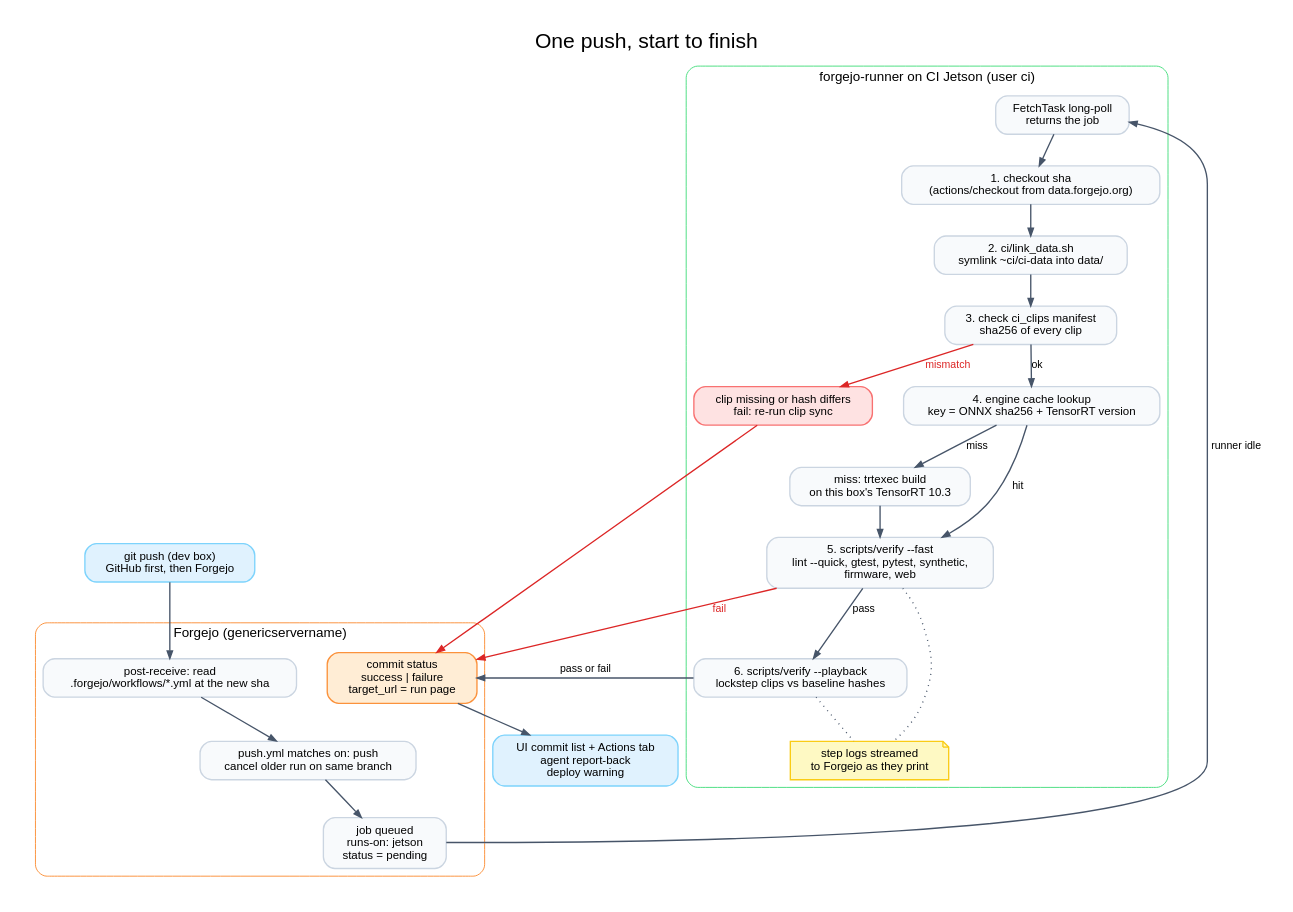
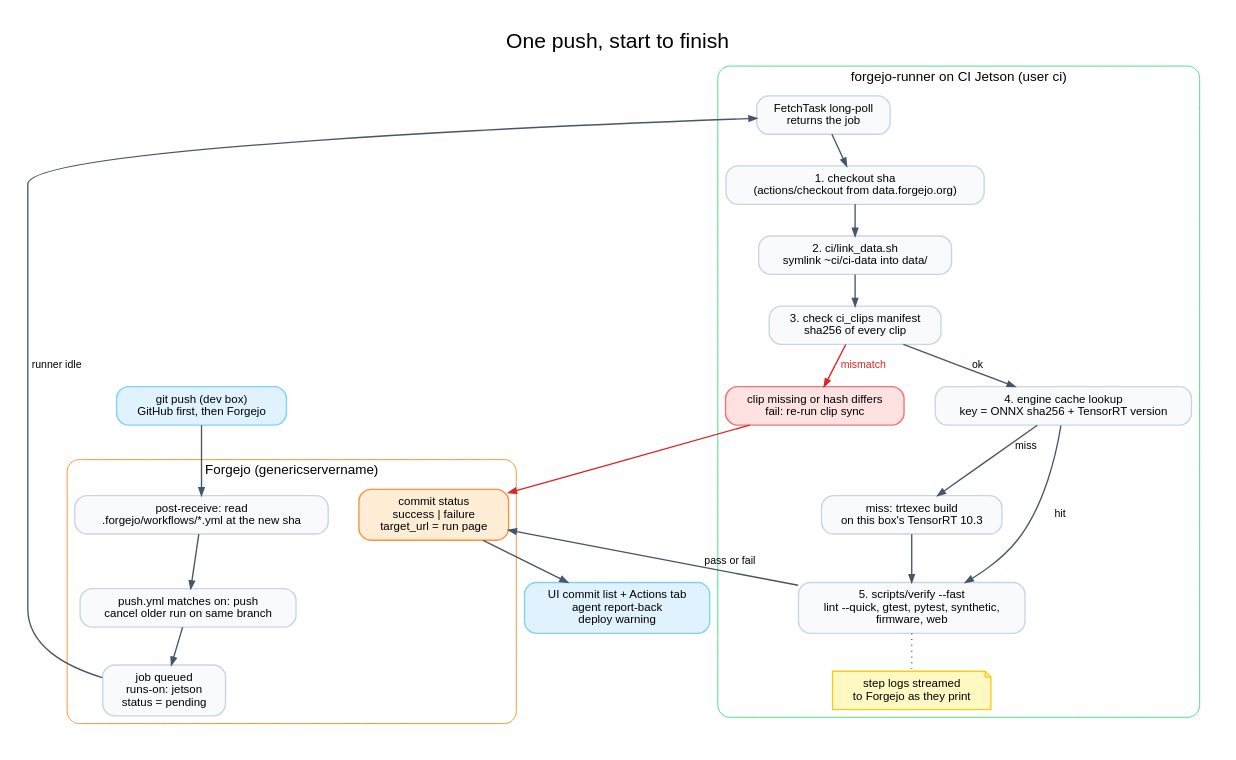
Before and after one commit to Woz4tetra/auto-battlebot: the diagram in docs/diagrams/forgejo_ci_push_run.dot, drawn with Graphviz. The commit also changed 5 other files, not shown here.

```diff
--- a/docs/diagrams/forgejo_ci_push_run.dot
+++ b/docs/diagrams/forgejo_ci_push_run.dot
@@ -1,55 +1,51 @@
 digraph ForgejoCiPushRun {
   graph [
     rankdir=TB
     label="One push, start to finish"
     labelloc=t fontsize=22 fontname="Helvetica"
     pad=0.3 nodesep=0.45 ranksep=0.45 splines=spline bgcolor="white"
   ];
   node [
     shape=box style="rounded,filled" fillcolor="#F8FAFC" color="#CBD5E1"
     fontname="Helvetica" fontsize=12 penwidth=1.4 margin="0.18,0.10"
   ];
   edge [color="#475569" penwidth=1.4 arrowsize=0.8 fontname="Helvetica" fontsize=11];
 
   push [label="git push (dev box)\nGitHub first, then Forgejo" fillcolor="#E0F2FE" color="#7DD3FC"];
 
   subgraph cluster_forgejo {
     label="Forgejo (genericservername)" fontname="Helvetica" fontsize=14 style="rounded" color="#FB923C"
     receive [label="post-receive: read\n.forgejo/workflows/*.yml at the new sha"];
     match [label="push.yml matches on: push\ncancel older run on same branch"];
     queue [label="job queued\nruns-on: jetson\nstatus = pending"];
     status [label="commit status\nsuccess | failure\ntarget_url = run page" fillcolor="#FFEDD5" color="#FB923C"];
   }
 
   subgraph cluster_runner {
     label="forgejo-runner on CI Jetson (user ci)" fontname="Helvetica" fontsize=14 style="rounded" color="#4ADE80"
     poll [label="FetchTask long-poll\nreturns the job"];
     checkout [label="1. checkout sha\n(actions/checkout from data.forgejo.org)"];
     link [label="2. ci/link_data.sh\nsymlink ~ci/ci-data into data/"];
     manifest [label="3. check ci_clips manifest\nsha256 of every clip"];
     manifest_bad [label="clip missing or hash differs\nfail: re-run clip sync" fillcolor="#FEE2E2" color="#F87171"];
     engines [label="4. engine cache lookup\nkey = ONNX sha256 + TensorRT version"];
     build_engine [label="miss: trtexec build\non this box's TensorRT 10.3"];
     fast [label="5. scripts/verify --fast\nlint --quick, gtest, pytest, synthetic,\nfirmware, web"];
-    playback [label="6. scripts/verify --playback\nlockstep clips vs baseline hashes"];
     logs [label="step logs streamed\nto Forgejo as they print" shape=note fillcolor="#FEF9C3" color="#FACC15"];
   }
 
   consumers [label="UI commit list + Actions tab\nagent report-back\ndeploy warning" fillcolor="#E0F2FE" color="#7DD3FC"];
 
   push -> receive -> match -> queue;
   queue -> poll [label="runner idle"];
   poll -> checkout -> link -> manifest;
   manifest -> manifest_bad [label="mismatch" color="#DC2626" fontcolor="#DC2626"];
   manifest -> engines [label="ok"];
   engines -> build_engine [label="miss"];
   build_engine -> fast;
   engines -> fast [label="hit"];
-  fast -> playback [label="pass"];
-  fast -> status [label="fail" color="#DC2626" fontcolor="#DC2626"];
-  playback -> status [label="pass or fail"];
+  fast -> status [label="pass or fail"];
   manifest_bad -> status [color="#DC2626"];
   fast -> logs [style=dotted arrowhead=none];
-  playback -> logs [style=dotted arrowhead=none];
   status -> consumers;
 }
```
